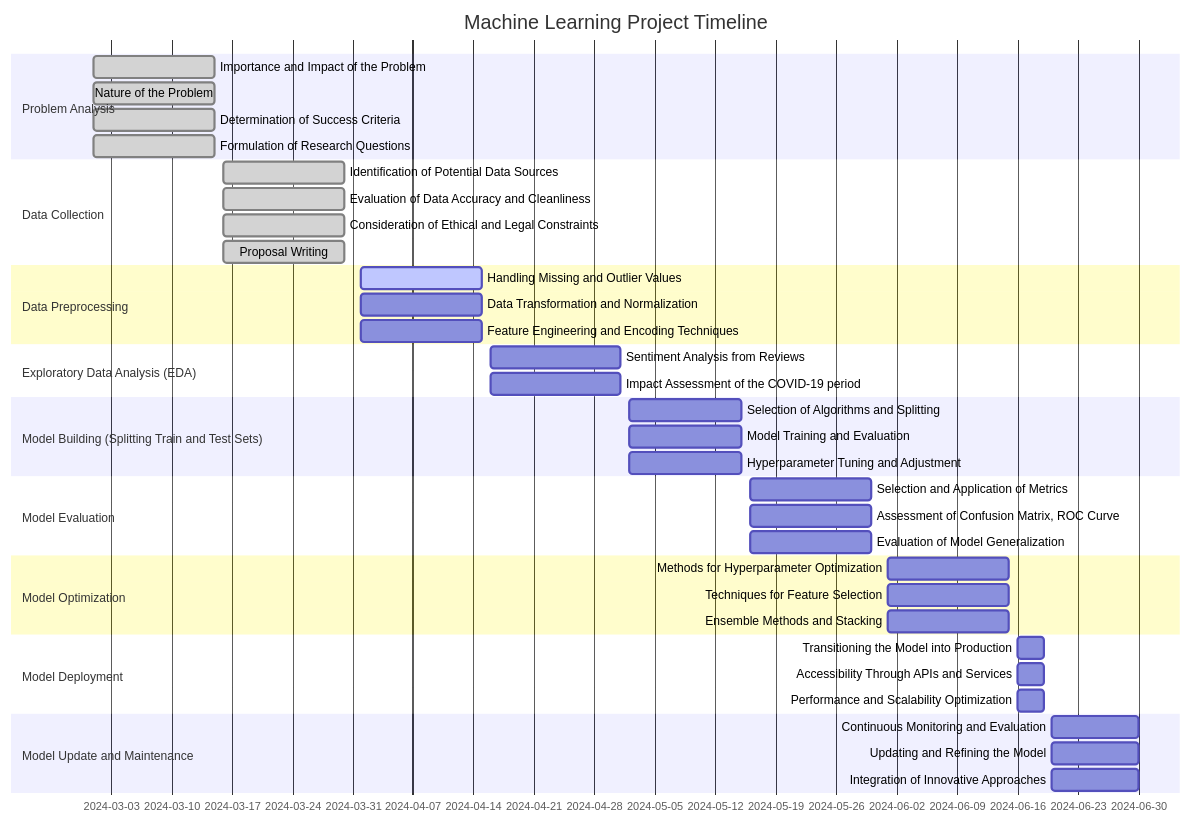
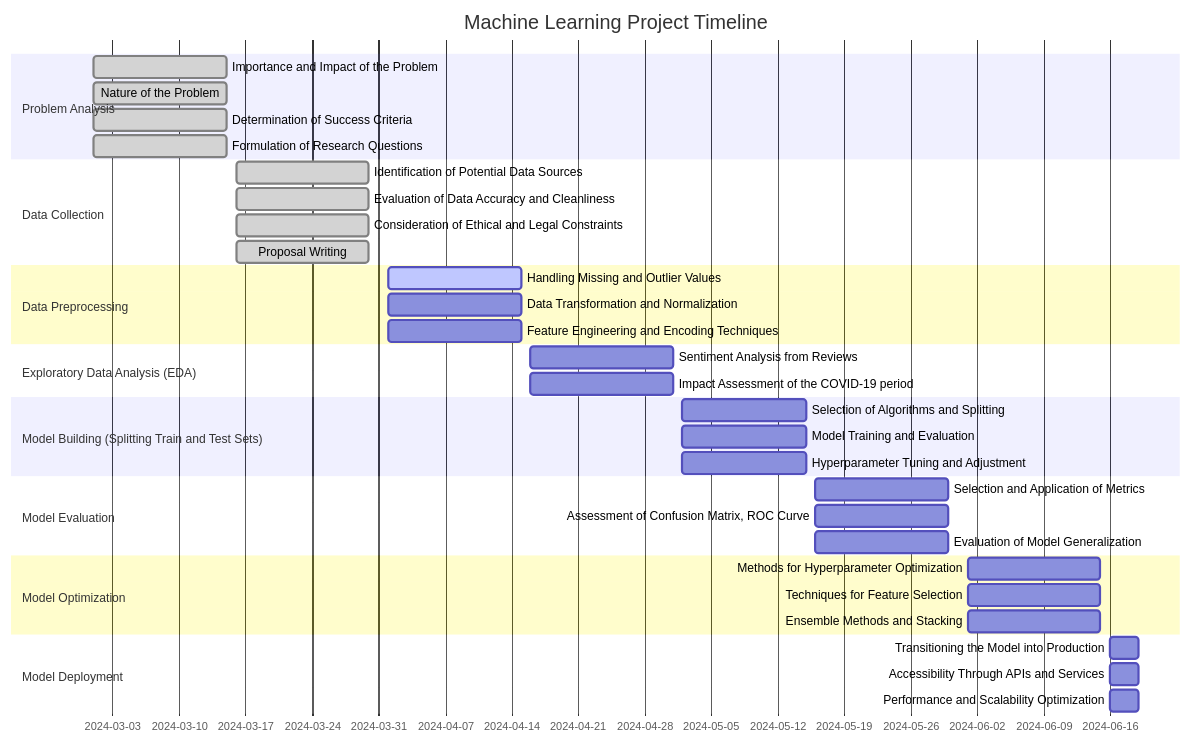
The diagram in README.md (BILGI-IE-423/ie423-2024-termproject-codecharmers), drawn with Mermaid before and after one commit.

````diff
--- a/README.md
+++ b/README.md
@@ -111,52 +111,47 @@
 ```mermaid
 gantt
     title Machine Learning Project Timeline
 
     dateFormat  YYYY-MM-DD
     section Problem Analysis
     Importance and Impact of the Problem        :done,    p1, 2024-03-01, 2024-03-15
     Nature of the Problem                       :done,    p2, 2024-03-01, 2024-03-15
     Determination of Success Criteria           :done,    p3, 2024-03-01, 2024-03-15
     Formulation of Research Questions           :done,    p4, 2024-03-01, 2024-03-15
 
     section Data Collection
     Identification of Potential Data Sources    :done,    d1, 2024-03-16, 2024-03-30
     Evaluation of Data Accuracy and Cleanliness :done,    d2, 2024-03-16, 2024-03-30
     Consideration of Ethical and Legal Constraints :done, d3, 2024-03-16, 2024-03-30
     Proposal Writing                            :done,    d4, 2024-03-16, 2024-03-30
 
     section Data Preprocessing
     Handling Missing and Outlier Values         :active,  dp1, 2024-04-01, 2024-04-15
     Data Transformation and Normalization       :         dp2, 2024-04-01, 2024-04-15
     Feature Engineering and Encoding Techniques :         dp3, 2024-04-01, 2024-04-15
 
     section Exploratory Data Analysis (EDA)
     Sentiment Analysis from Reviews             :         eda1, 2024-04-16, 2024-05-01
     Impact Assessment of the COVID-19 period    :         eda2, 2024-04-16, 2024-05-01
 
     section Model Building (Splitting Train and Test Sets)
     Selection of Algorithms and Splitting      :         mb1, 2024-05-02, 2024-05-15
     Model Training and Evaluation              :         mb2, 2024-05-02, 2024-05-15
     Hyperparameter Tuning and Adjustment       :         mb3, 2024-05-02, 2024-05-15
 
     section Model Evaluation
     Selection and Application of Metrics       :         me1, 2024-05-16, 2024-05-30
     Assessment of Confusion Matrix, ROC Curve  :         me2, 2024-05-16, 2024-05-30
     Evaluation of Model Generalization         :         me3, 2024-05-16, 2024-05-30
 
     section Model Optimization
     Methods for Hyperparameter Optimization    :         mo1, 2024-06-01, 2024-06-15
     Techniques for Feature Selection           :         mo2, 2024-06-01, 2024-06-15
     Ensemble Methods and Stacking              :         mo3, 2024-06-01, 2024-06-15
 
     section Model Deployment
     Transitioning the Model into Production   :         md1, 2024-06-16, 2024-06-19
     Accessibility Through APIs and Services   :         md2, 2024-06-16, 2024-06-19
     Performance and Scalability Optimization :         md3, 2024-06-16, 2024-06-19
 
-    section Model Update and Maintenance
-    Continuous Monitoring and Evaluation     :         mu1, 2024-06-20, 2024-06-30
-    Updating and Refining the Model          :         mu2, 2024-06-20, 2024-06-30
-    Integration of Innovative Approaches     :         mu3, 2024-06-20, 2024-06-30
-
    ```
````
